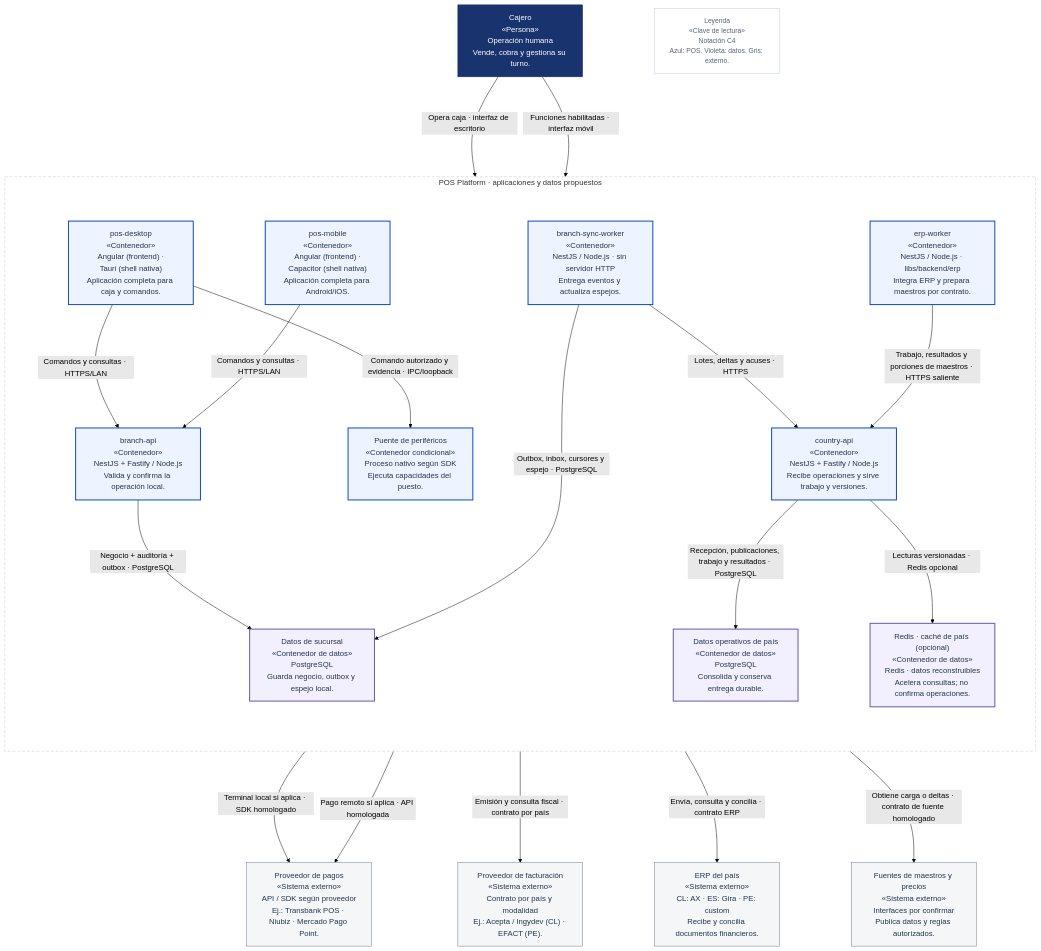
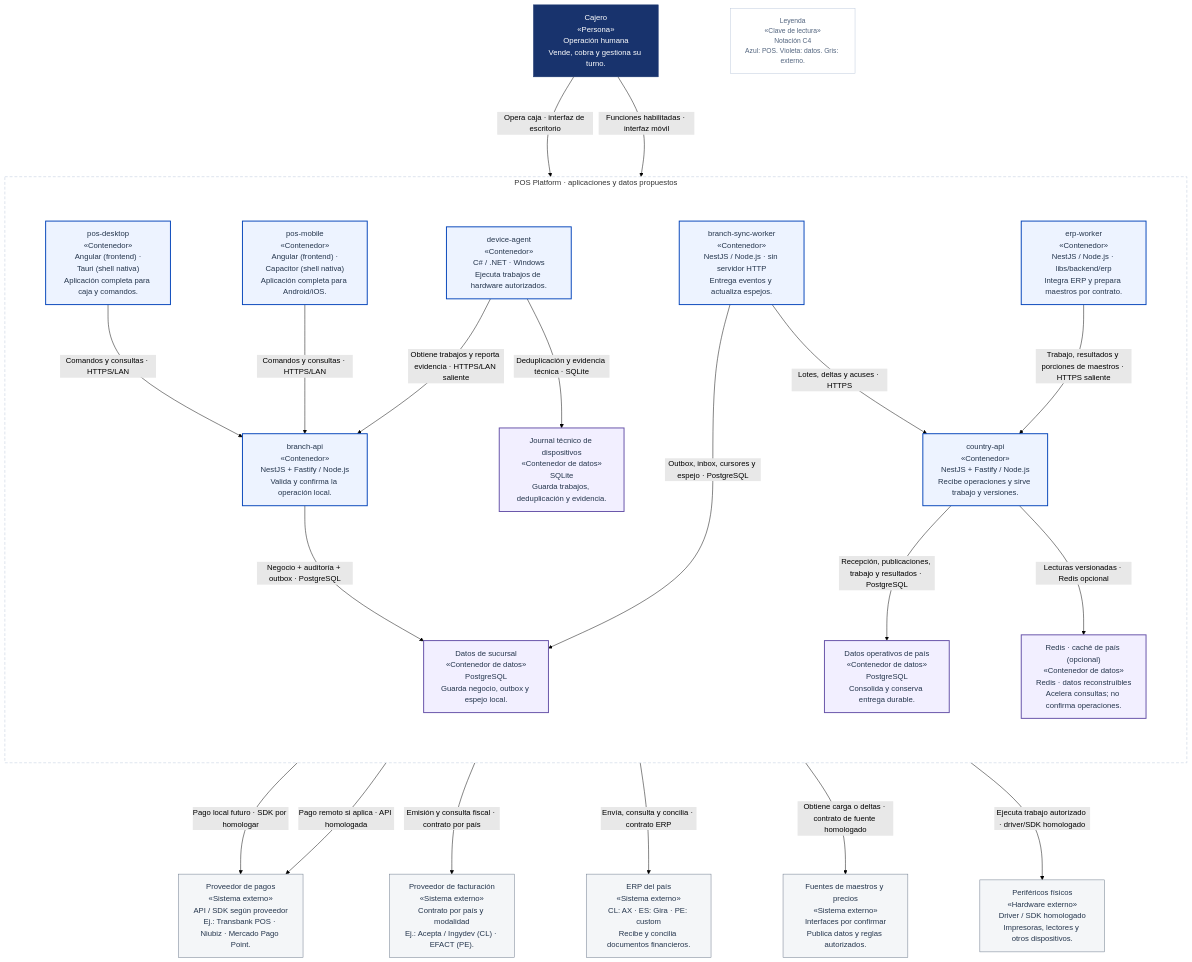
Before and after one commit to developer-implementos/pos-docs: the diagram in docs/diagramas-excalidraw/mermaid/c4-containers.mmd, drawn with Mermaid (forest theme). The commit also changed 94 other files, not shown here.

Commit message:
docs: define autonomous device agent across architecture and roadmap

```diff
--- a/docs/diagramas-excalidraw/mermaid/c4-containers.mmd
+++ b/docs/diagramas-excalidraw/mermaid/c4-containers.mmd
@@ -1,50 +1,54 @@
 ---
 config:
     flowchart:
         nodeSpacing: 150
         rankSpacing: 160
 ---
 flowchart TB
     accTitle: C2 · Contenedores — Aplicaciones, procesos y datos
-    accDescr: Aplicaciones de POS Platform, persistencia de sucursal y servicios de país. Cada nombre de app corresponde al monorepo; las capacidades son propuesta por implementar. PostgreSQL conserva negocio y entrega durable. Country-api publica versiones; erp-worker prepara maestros mediante un contrato de origen y presupuesto aislados. Redis es caché opcional. Sin SQL WAN ni aplicación adicional.
+    accDescr: Siete aplicaciones objetivo de POS Platform, sus datos y sistemas externos. Seis apps tienen base técnica o scaffold; device-agent se incorpora como propuesta, aún no implementada. Siete aplicaciones objetivo; seis tienen base técnica o scaffold. device-agent y su journal SQLite son propuesta por implementar. PostgreSQL conserva el negocio; country-api publica versiones y erp-worker prepara maestros. Redis es caché opcional.
     subgraph systemScope["POS Platform · aplicaciones y datos propuestos"]
         direction TB
         client["pos-desktop<br/>«Contenedor»<br/>Angular (frontend) ·<br/>Tauri (shell nativa)<br/>Aplicación completa para caja y comandos."]:::pos
         mobileClient["pos-mobile<br/>«Contenedor»<br/>Angular (frontend) ·<br/>Capacitor (shell nativa)<br/>Aplicación completa para Android/iOS."]:::pos
-        device["Puente de periféricos<br/>«Contenedor condicional»<br/>Proceso nativo según SDK<br/>Ejecuta capacidades del puesto."]:::pos
+        device["device-agent<br/>«Contenedor»<br/>C# / .NET · Windows<br/>Ejecuta trabajos de hardware autorizados."]:::pos
+        deviceJournal["Journal técnico de dispositivos<br/>«Contenedor de datos»<br/>SQLite<br/>Guarda trabajos, deduplicación y evidencia."]:::store
         branchApi["branch-api<br/>«Contenedor»<br/>NestJS + Fastify / Node.js<br/>Valida y confirma la operación local."]:::pos
         branchDb["Datos de sucursal<br/>«Contenedor de datos»<br/>PostgreSQL<br/>Guarda negocio, outbox y espejo local."]:::store
         syncWorker["branch-sync-worker<br/>«Contenedor»<br/>NestJS / Node.js · sin servidor HTTP<br/>Entrega eventos y actualiza espejos."]:::pos
         countryApi["country-api<br/>«Contenedor»<br/>NestJS + Fastify / Node.js<br/>Recibe operaciones y sirve trabajo y versiones."]:::pos
         countryDb["Datos operativos de país<br/>«Contenedor de datos»<br/>PostgreSQL<br/>Consolida y conserva entrega durable."]:::store
         countryCache["Redis · caché de país (opcional)<br/>«Contenedor de datos»<br/>Redis · datos reconstruibles<br/>Acelera consultas; no confirma operaciones."]:::store
         erpAdapter["erp-worker<br/>«Contenedor»<br/>NestJS / Node.js · libs/backend/erp<br/>Integra ERP y prepara maestros por contrato."]:::pos
     end
         cashier["Cajero<br/>«Persona»<br/>Operación humana<br/>Vende, cobra y gestiona su turno."]:::person
         erp["ERP del país<br/>«Sistema externo»<br/>CL: AX · ES: Gira · PE: custom<br/>Recibe y concilia documentos financieros."]:::external
         masters["Fuentes de maestros y precios<br/>«Sistema externo»<br/>Interfaces por confirmar<br/>Publica datos y reglas autorizados."]:::external
         payments["Proveedor de pagos<br/>«Sistema externo»<br/>API / SDK según proveedor<br/>Ej.: Transbank POS · Niubiz · Mercado Pago Point."]:::external
         fiscal["Proveedor de facturación<br/>«Sistema externo»<br/>Contrato por país y modalidad<br/>Ej.: Acepta / Ingydev (CL) · EFACT (PE)."]:::external
+        peripherals["Periféricos físicos<br/>«Hardware externo»<br/>Driver / SDK homologado<br/>Impresoras, lectores y otros dispositivos."]:::external
         legend["Leyenda<br/>«Clave de lectura»<br/>Notación C4<br/>Azul: POS. Violeta: datos. Gris: externo."]:::key
     cashier -->|"Opera caja · interfaz de escritorio"| client
     cashier -->|"Funciones habilitadas · interfaz móvil"| mobileClient
     client -->|"Comandos y consultas · HTTPS/LAN"| branchApi
     mobileClient -->|"Comandos y consultas · HTTPS/LAN"| branchApi
-    client -->|"Comando autorizado y evidencia · IPC/loopback"| device
-    device -->|"Terminal local si aplica · SDK homologado"| payments
+    device -->|"Obtiene trabajos y reporta evidencia · HTTPS/LAN saliente"| branchApi
+    device -->|"Pago local futuro · SDK por homologar"| payments
     branchApi -->|"Negocio + auditoría + outbox · PostgreSQL"| branchDb
     branchApi -->|"Pago remoto si aplica · API homologada"| payments
     branchApi -->|"Emisión y consulta fiscal · contrato por país"| fiscal
     syncWorker -->|"Outbox, inbox, cursores y espejo · PostgreSQL"| branchDb
     syncWorker -->|"Lotes, deltas y acuses · HTTPS"| countryApi
     countryApi -->|"Recepción, publicaciones, trabajo y resultados · PostgreSQL"| countryDb
     countryApi -->|"Lecturas versionadas · Redis opcional"| countryCache
     erpAdapter -->|"Trabajo, resultados y porciones de maestros · HTTPS saliente"| countryApi
     erpAdapter -->|"Envía, consulta y concilia · contrato ERP"| erp
     erpAdapter -->|"Obtiene carga o deltas · contrato de fuente homologado"| masters
+    device -->|"Deduplicación y evidencia técnica · SQLite"| deviceJournal
+    device -->|"Ejecuta trabajo autorizado · driver/SDK homologado"| peripherals
     classDef pos fill:#EDF3FF,stroke:#0545BA,color:#25364D,stroke-width:2px
     classDef store fill:#F2EFFF,stroke:#6551A8,color:#25364D,stroke-width:2px
     classDef external fill:#F4F6F8,stroke:#6B788A,color:#25364D
     classDef person fill:#18336D,stroke:#18336D,color:#FFFFFF
     classDef key fill:#FFFFFF,stroke:#BCC9DB,color:#53657F,font-size:14px
     style systemScope fill:#FFFFFF,stroke:#BCC9DB,stroke-dasharray:6 4
```
